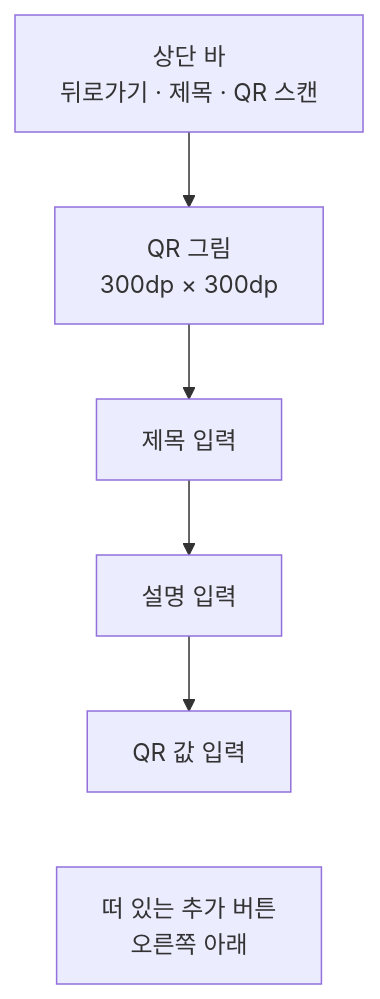
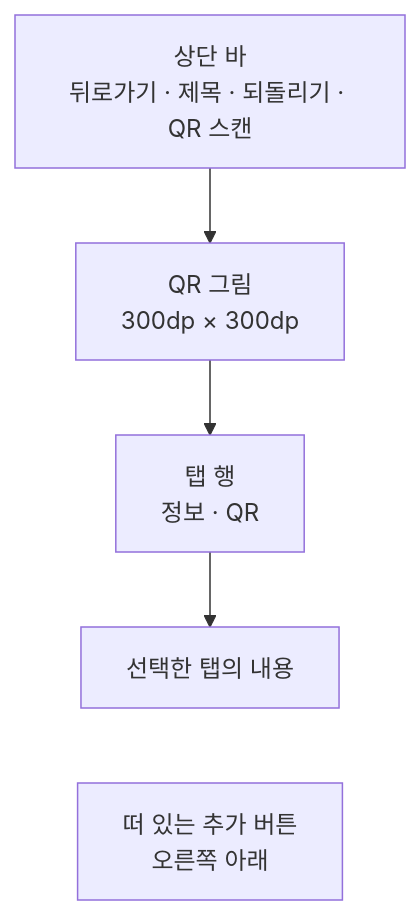
The diagram in docs/design/qr-add.md (taetae98coding/DiaryKMP), drawn with Mermaid before and after one commit. The commit also changed other lines of this file and 7 other files, not shown here.

````diff
--- a/docs/design/qr-add.md
+++ b/docs/design/qr-add.md
@@ -17,11 +17,10 @@
 ```mermaid
 flowchart TB
-    top["상단 바<br/>뒤로가기 · 제목 · QR 스캔"]
+    top["상단 바<br/>뒤로가기 · 제목 · 되돌리기 · QR 스캔"]
     qr["QR 그림<br/>300dp × 300dp"]
-    title["제목 입력"]
-    description["설명 입력"]
-    value["QR 값 입력"]
+    tabs["탭 행<br/>정보 · QR"]
+    content["선택한 탭의 내용"]
     fab["떠 있는 추가 버튼<br/>오른쪽 아래"]
-    top --> qr --> title --> description --> value
-    value ~~~ fab
+    top --> qr --> tabs --> content
+    content ~~~ fab
 ```
````
